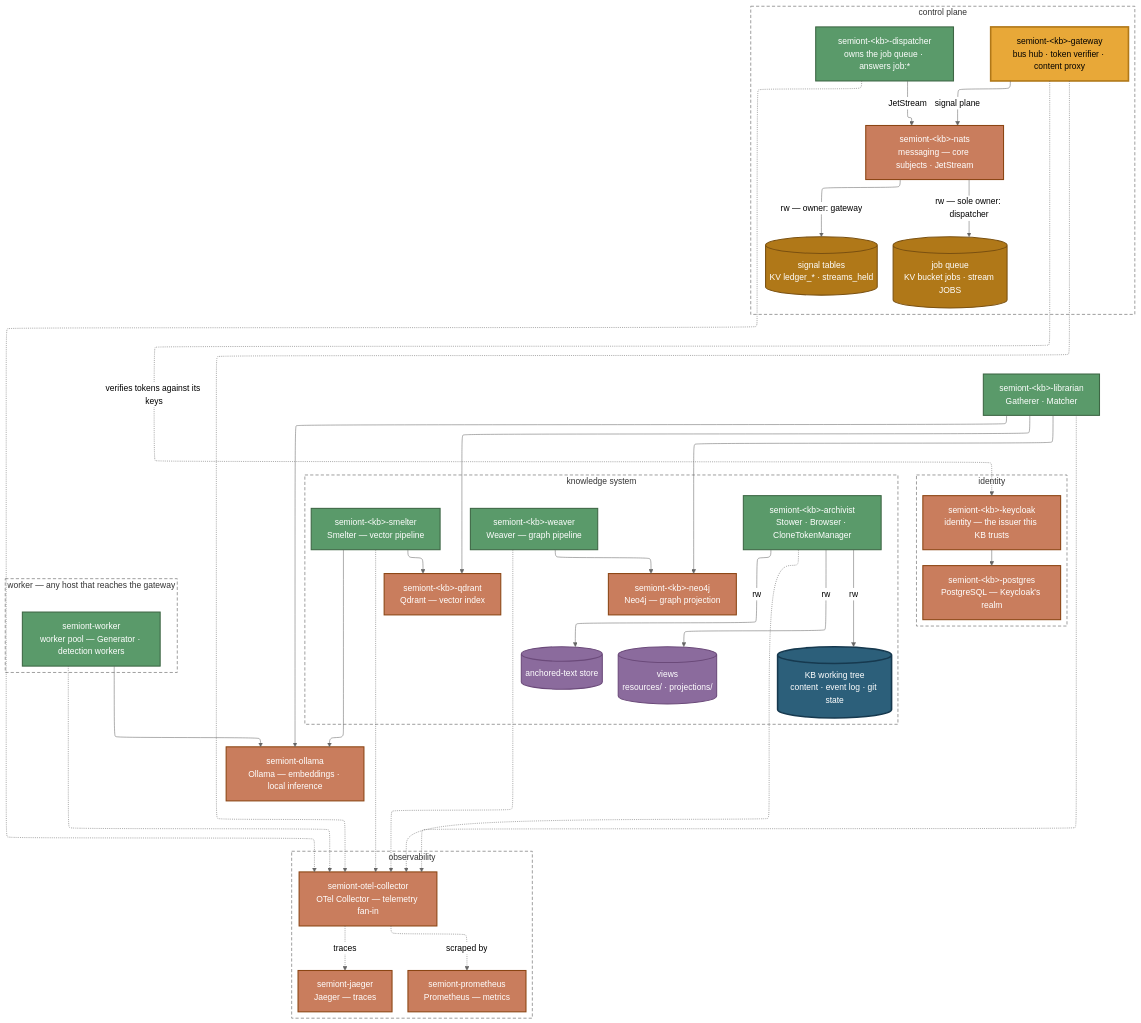
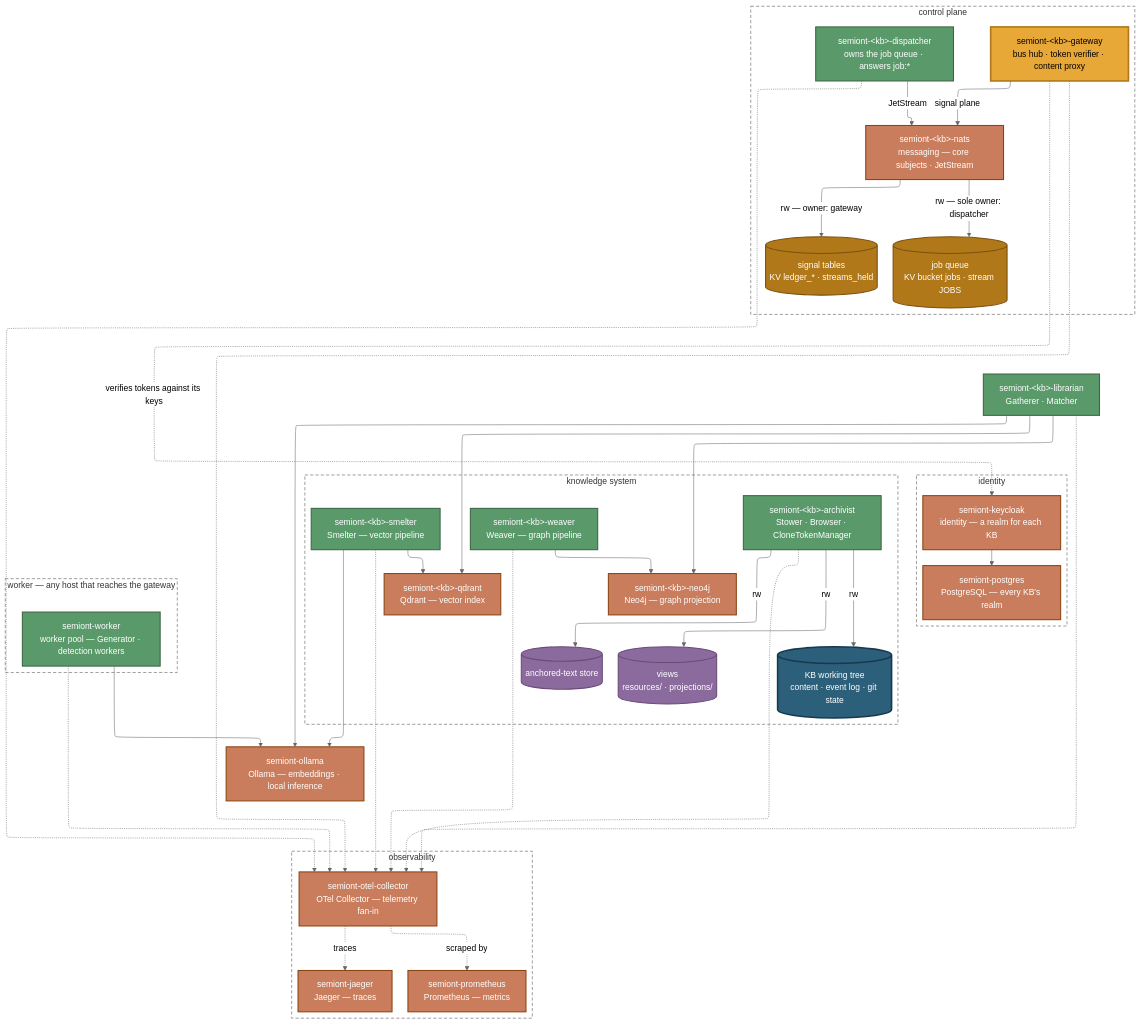
The second of 2 diagrams in docs/operator/CONTAINER-TOPOLOGY.md (The-AI-Alliance/semiont), drawn with Mermaid (neutral theme) before and after one commit. The commit also changed other lines of this file and 93 other files, not shown here.

First line of the commit message:
Launcher: one Keycloak per machine, shared by every knowledge base (#2049)

```diff
--- a/docs/operator/CONTAINER-TOPOLOGY.md
+++ b/docs/operator/CONTAINER-TOPOLOGY.md
@@ -114,8 +114,8 @@
     end
 
     subgraph G4 ["identity"]
-        KC["semiont-&lt;kb&gt;-keycloak<br/>identity — the issuer this KB trusts"]
-        PG["semiont-&lt;kb&gt;-postgres<br/>PostgreSQL — Keycloak's realm"]
+        KC["semiont-keycloak<br/>identity — a realm for each KB"]
+        PG["semiont-postgres<br/>PostgreSQL — every KB's realm"]
     end
 
     subgraph G2 ["knowledge system"]
```
